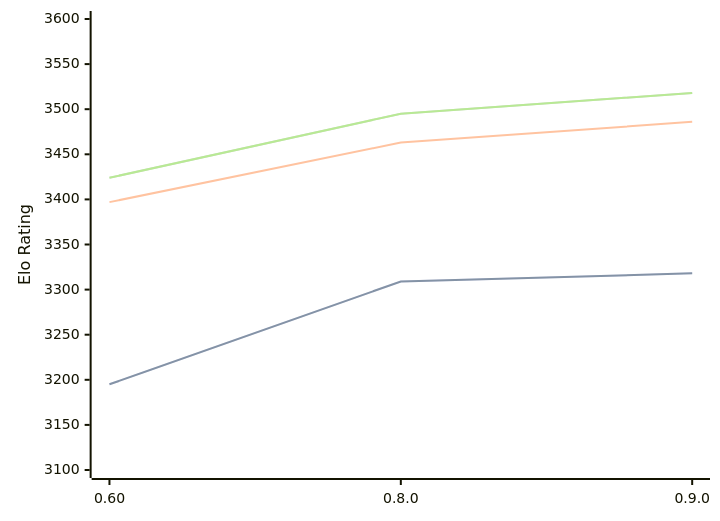
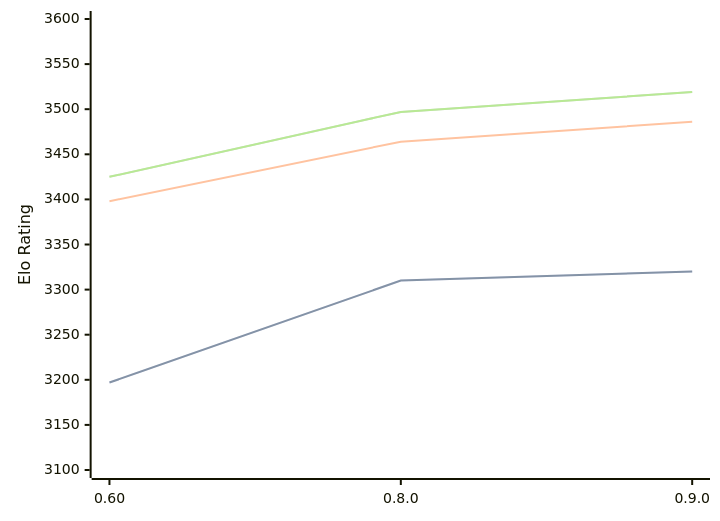
The third of 3 diagrams in engines/Motor.md (computer-chess-index/cci), drawn with Mermaid before and after one commit. The commit also changed other lines of this file, not shown here.

Commit message:
Update CCI Ratings (ELO VLTC) - 2026-06-30

````diff
--- a/engines/Motor.md
+++ b/engines/Motor.md
@@ -72,11 +72,11 @@
 ```mermaid
 %%{init: {"theme":"base","themeVariables":{"seriesColors:['#a3a3a3','#222221','#faa371']}}}%%
 xychart-beta
   x-axis ["0.60", "0.8.0", "0.9.0"]
   y-axis "Elo Rating" 3100 --> 3600
-  line "STC (8.0+0.08s)" [3195, 3309, 3318]
-  line "STC (8.0+0.08s)" [3195, 3309, 3318]
-  line "LTC (60.0+0.60s)" [3397, 3463, 3486]
-  line "VLTC (2m24s+1.12s)" [3424, 3495, 3518]
-  line "VLTC (2m24s+1.12s)" [3424, 3495, 3518]
+  line "STC (8.0+0.08s)" [3197, 3310, 3320]
+  line "STC (8.0+0.08s)" [3197, 3310, 3320]
+  line "LTC (60.0+0.60s)" [3398, 3464, 3486]
+  line "VLTC (2m24s+1.12s)" [3425, 3497, 3519]
+  line "VLTC (2m24s+1.12s)" [3425, 3497, 3519]
 ```
````
